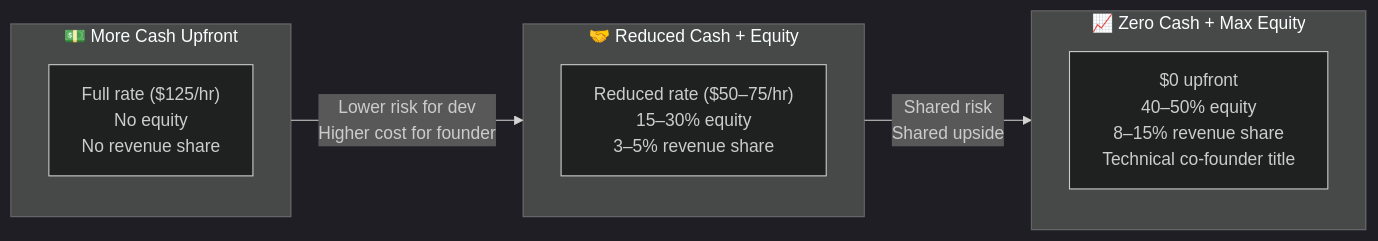
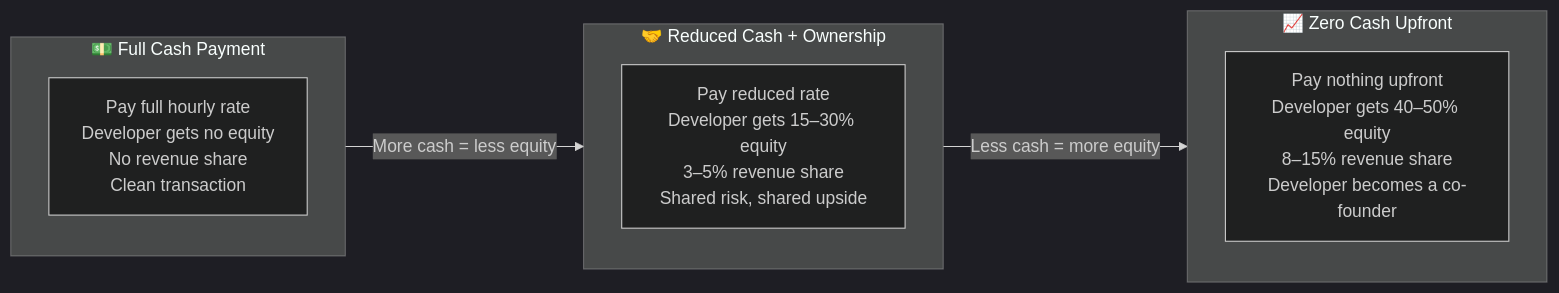
Before and after one commit to huttonbenj/The-Prowler: the first of 4 diagrams in THE_DEAL.md, drawn with Mermaid (dark theme). The commit also changed other lines of this file and 1 other file, not shown here.

````diff
--- a/THE_DEAL.md
+++ b/THE_DEAL.md
@@ -337,17 +65,17 @@
 ```mermaid
 graph LR
-    subgraph Cash["💵 More Cash Upfront"]
-        A["Full rate ($125/hr)<br/>No equity<br/>No revenue share"]
+    subgraph Full["💵 Full Cash Payment"]
+        A["Pay full hourly rate<br/>Developer gets no equity<br/>No revenue share<br/>Clean transaction"]
     end
 
-    subgraph Hybrid["🤝 Reduced Cash + Equity"]
-        B["Reduced rate ($50–75/hr)<br/>15–30% equity<br/>3–5% revenue share"]
+    subgraph Reduced["🤝 Reduced Cash + Ownership"]
+        B["Pay reduced rate<br/>Developer gets 15–30% equity<br/>3–5% revenue share<br/>Shared risk, shared upside"]
     end
 
-    subgraph Equity["📈 Zero Cash + Max Equity"]
-        C["$0 upfront<br/>40–50% equity<br/>8–15% revenue share<br/>Technical co-founder title"]
+    subgraph Zero["📈 Zero Cash Upfront"]
+        C["Pay nothing upfront<br/>Developer gets 40–50% equity<br/>8–15% revenue share<br/>Developer becomes a co-founder"]
     end
 
-    Cash -->|"Lower risk for dev<br/>Higher cost for founder"| Hybrid
-    Hybrid -->|"Shared risk<br/>Shared upside"| Equity
+    Full -->|"More cash = less equity"| Reduced
+    Reduced -->|"Less cash = more equity"| Zero
 ```
````
